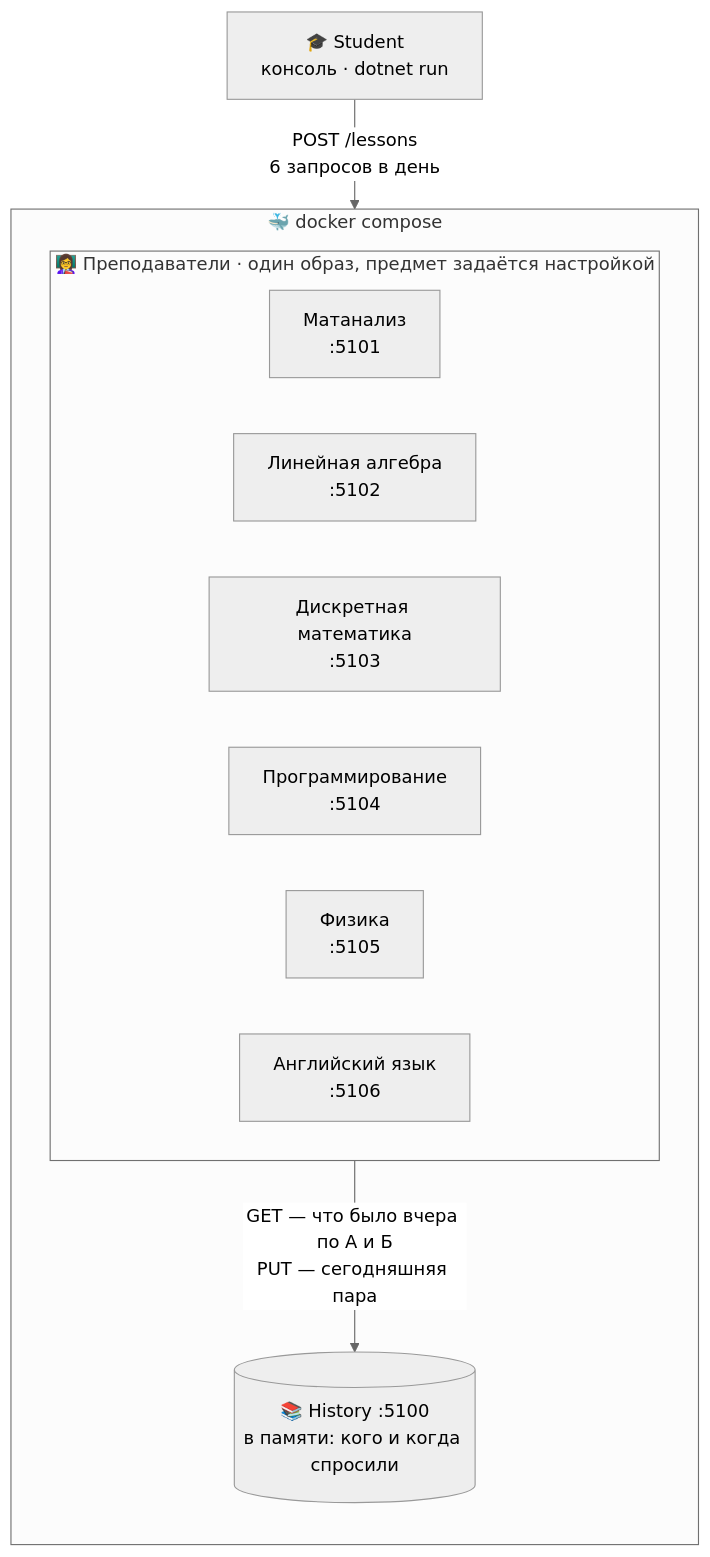
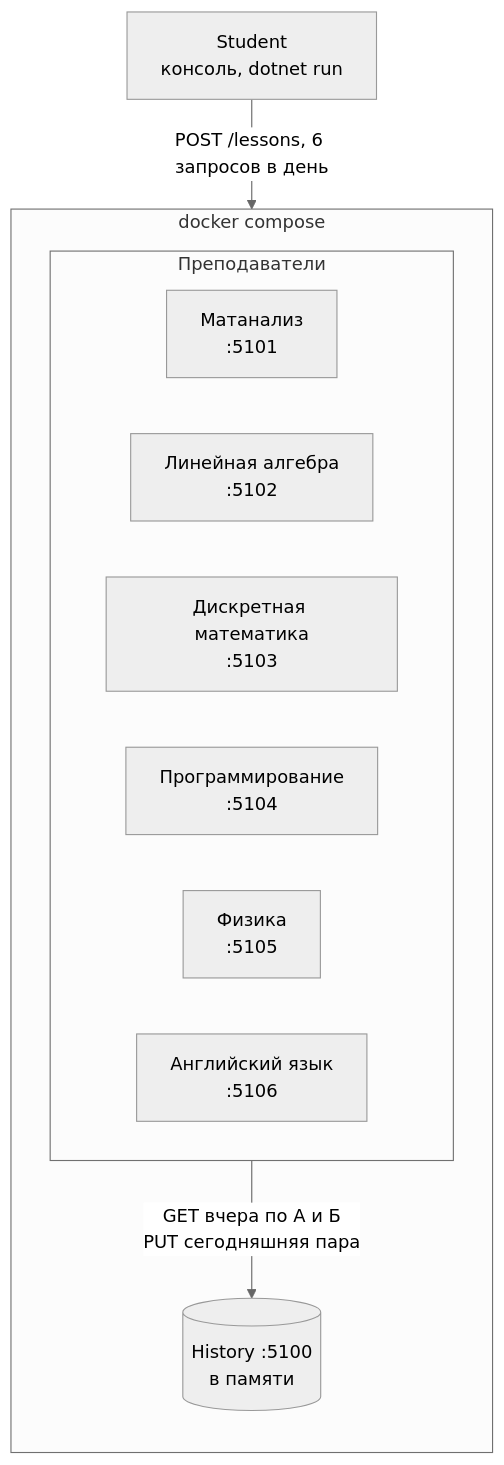
The first of 4 diagrams in README.md (griagaf/sharps_lab), drawn with Mermaid (neutral theme) before and after one commit. The commit also changed other lines of this file, not shown here.

````diff
--- a/README.md
+++ b/README.md
@@ -180,23 +169,23 @@
 ```mermaid
 flowchart TB
-    student["🎓 Student<br/>консоль · dotnet run"]
+    student["Student<br/>консоль, dotnet run"]
 
-    subgraph compose["🐳 docker compose"]
+    subgraph compose["docker compose"]
         direction TB
 
-        subgraph teachers["👩‍🏫 Преподаватели · один образ, предмет задаётся настройкой"]
+        subgraph teachers["Преподаватели"]
             direction LR
             calculus["Матанализ<br/>:5101"]
             algebra["Линейная алгебра<br/>:5102"]
             discrete["Дискретная математика<br/>:5103"]
             programming["Программирование<br/>:5104"]
             physics["Физика<br/>:5105"]
             english["Английский язык<br/>:5106"]
         end
 
-        history[("📚 History :5100<br/>в памяти: кого и когда спросили")]
+        history[("History :5100<br/>в памяти")]
     end
 
-    student -- "POST /lessons<br/>6 запросов в день" --> teachers
-    teachers -- "GET — что было вчера по A и Б<br/>PUT — сегодняшняя пара" --> history
+    student -- "POST /lessons, 6 запросов в день" --> teachers
+    teachers -- "GET вчера по A и Б<br/>PUT сегодняшняя пара" --> history
 ```
````
